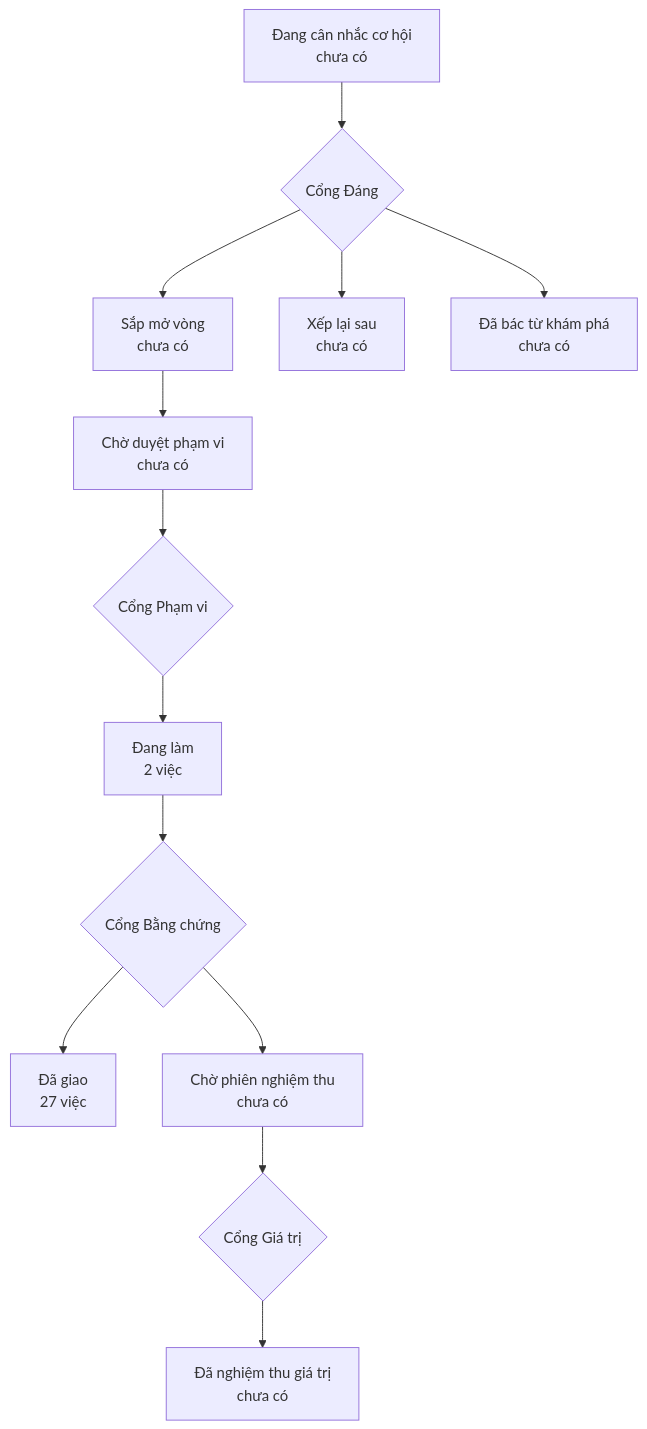
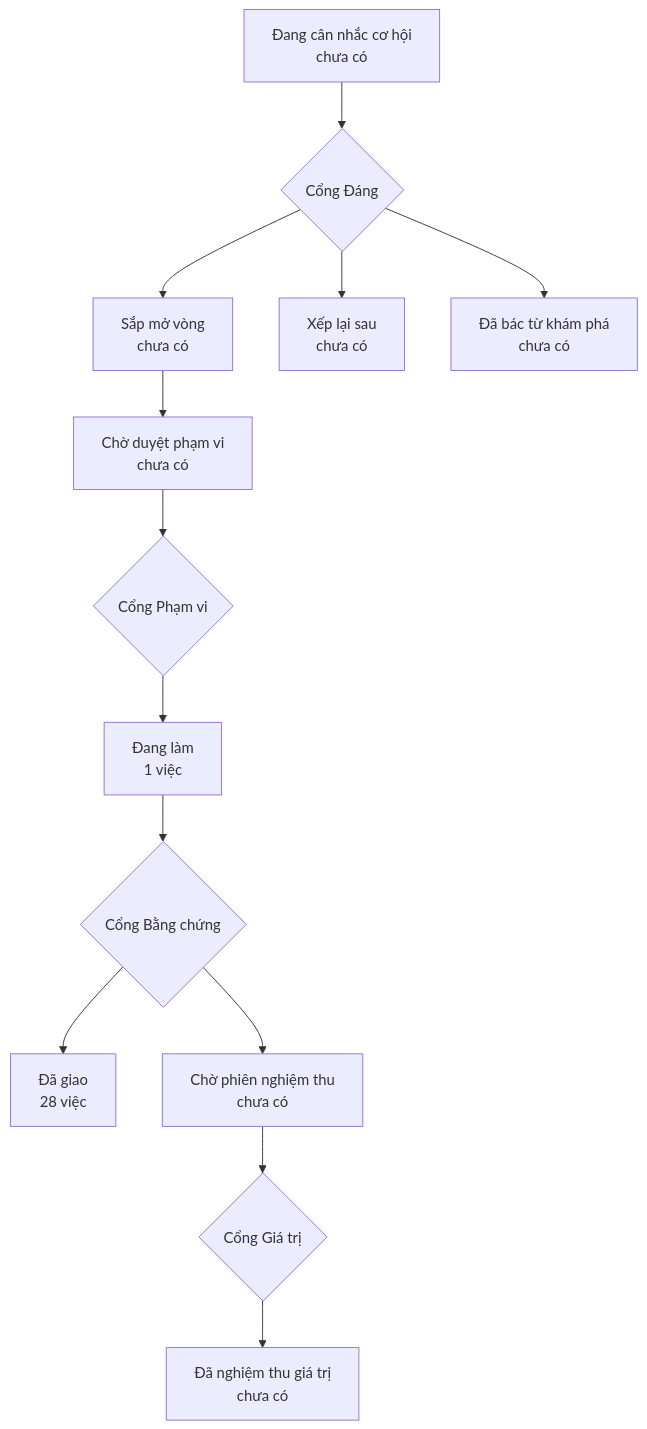
Before and after one commit to phanlemanh/acceptance-gate-kit: the diagram in PRODUCT-MAP.md, drawn with Mermaid.

Commit message:
chore: vẽ lại bản đồ sản phẩm — stop-patching-law signed-off

````diff
--- a/PRODUCT-MAP.md
+++ b/PRODUCT-MAP.md
@@ -6,12 +6,12 @@
 ```mermaid
 flowchart TD
   A["Đang cân nhắc cơ hội<br/>chưa có"] --> GD{"Cổng Đáng"}
   GD --> B["Sắp mở vòng<br/>chưa có"]
   GD --> XL["Xếp lại sau<br/>chưa có"]
   GD --> DB["Đã bác từ khám phá<br/>chưa có"]
   B --> CD["Chờ duyệt phạm vi<br/>chưa có"] --> GP{"Cổng Phạm vi"}
-  GP --> DL["Đang làm<br/>2 việc"] --> GB{"Cổng Bằng chứng"}
-  GB --> DG["Đã giao<br/>27 việc"]
+  GP --> DL["Đang làm<br/>1 việc"] --> GB{"Cổng Bằng chứng"}
+  GB --> DG["Đã giao<br/>28 việc"]
   GB --> CN["Chờ phiên nghiệm thu<br/>chưa có"] --> GG{"Cổng Giá trị"}
   GG --> NT["Đã nghiệm thu giá trị<br/>chưa có"]
 ```
````
